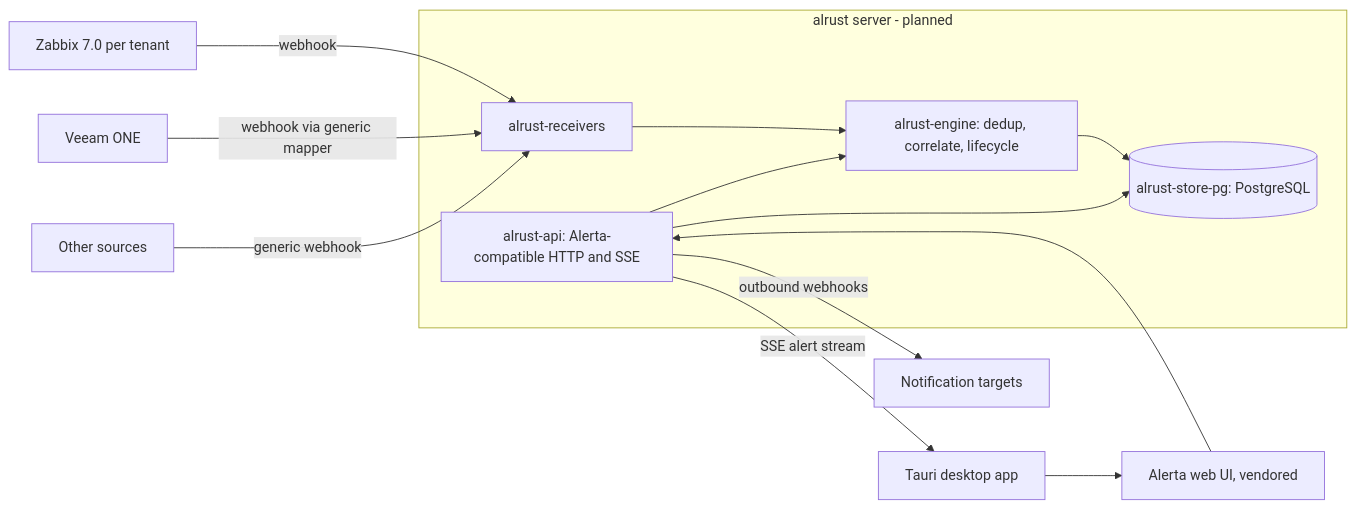
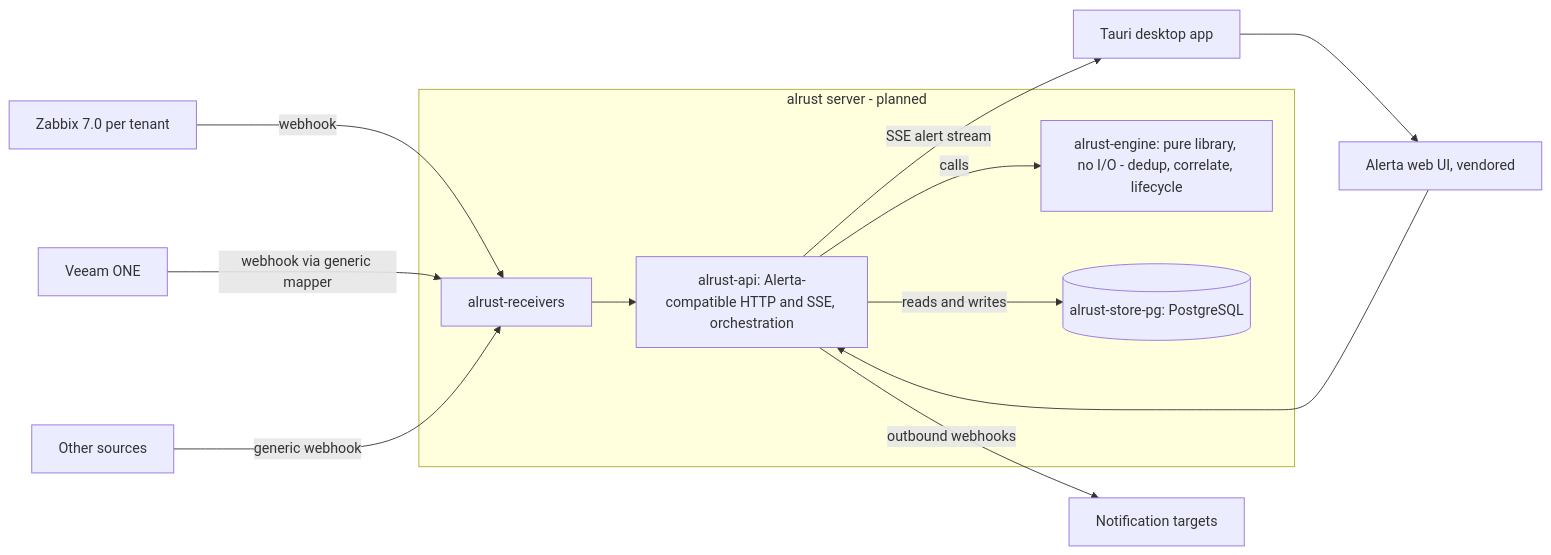
The diagram in README.md (steliosx/alrust), drawn with Mermaid before and after one commit. The commit also changed other lines of this file, not shown here.

````diff
--- a/README.md
+++ b/README.md
@@ -61,16 +68,15 @@
 ```mermaid
 flowchart LR
     Z[Zabbix 7.0 per tenant] -->|webhook| R
     V[Veeam ONE] -->|webhook via generic mapper| R
     O[Other sources] -->|generic webhook| R
     subgraph srv [alrust server - planned]
-        R[alrust-receivers] --> E[alrust-engine: dedup, correlate, lifecycle]
-        E --> S[(alrust-store-pg: PostgreSQL)]
-        A[alrust-api: Alerta-compatible HTTP and SSE] --> E
-        A --> S
+        R[alrust-receivers] --> A
+        A["alrust-api: Alerta-compatible HTTP and SSE, orchestration"] -->|calls| E["alrust-engine: pure library, no I/O - dedup, correlate, lifecycle"]
+        A -->|reads and writes| S[("alrust-store-pg: PostgreSQL")]
     end
     W[Alerta web UI, vendored] --> A
     D[Tauri desktop app] --> W
     A -->|SSE alert stream| D
     A -->|outbound webhooks| F[Notification targets]
 ```
````
